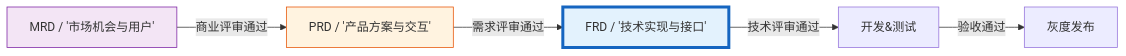
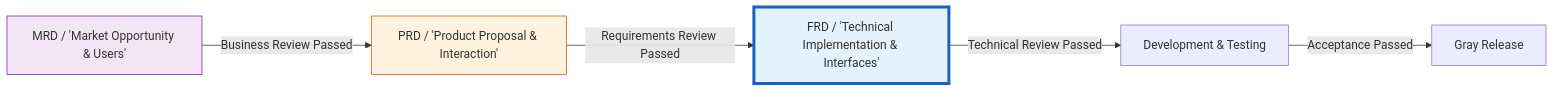
Before and after one commit to Kirky-X/cangjie: the first of 11 diagrams in templates/产品/产品层/【模板】功能需求文档.md, drawn with Mermaid. The commit also changed other lines of this file and 46 other files, not shown here.

````diff
--- a/templates/产品/产品层/【模板】功能需求文档.md
+++ b/templates/产品/产品层/【模板】功能需求文档.md
@@ -31,11 +31,11 @@
 ```mermaid
 graph LR
-    A[MRD / '市场机会与用户'] -->|商业评审通过| B[PRD / '产品方案与交互']
-    B -->|需求评审通过| C[FRD / '技术实现与接口']
-    C -->|技术评审通过| D[开发&测试]
-    D -->|验收通过| E[灰度发布]
+    A[MRD / 'Market Opportunity & Users'] -->|Business Review Passed| B[PRD / 'Product Proposal & Interaction']
+    B -->|Requirements Review Passed| C[FRD / 'Technical Implementation & Interfaces']
+    C -->|Technical Review Passed| D[Development & Testing]
+    D -->|Acceptance Passed| E[Gray Release]
 
     style C fill:#e3f2fd,stroke:#1565c0,stroke-width:4px
     style B fill:#fff3e0,stroke:#e65100
     style A fill:#f3e5f5,stroke:#7b1fa2
 ```
````
